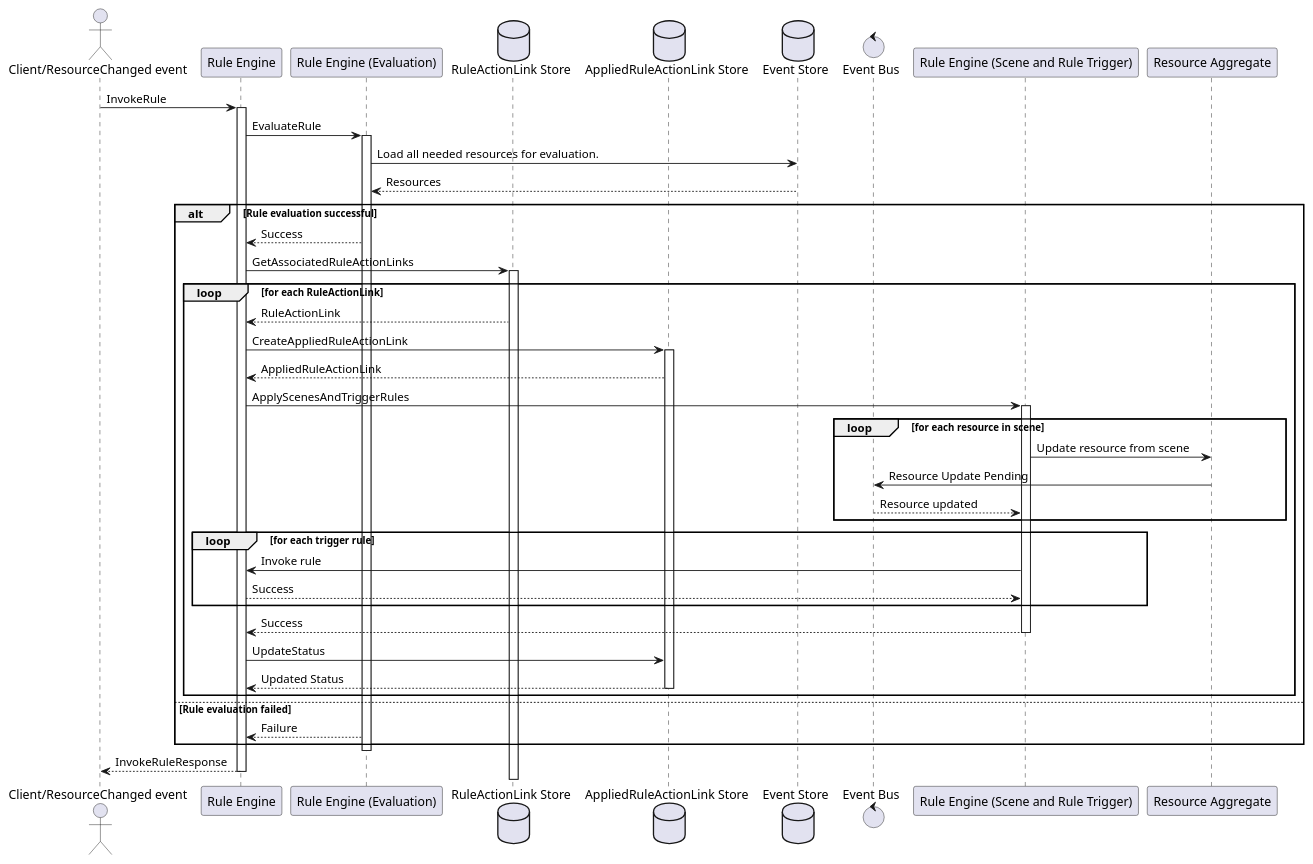
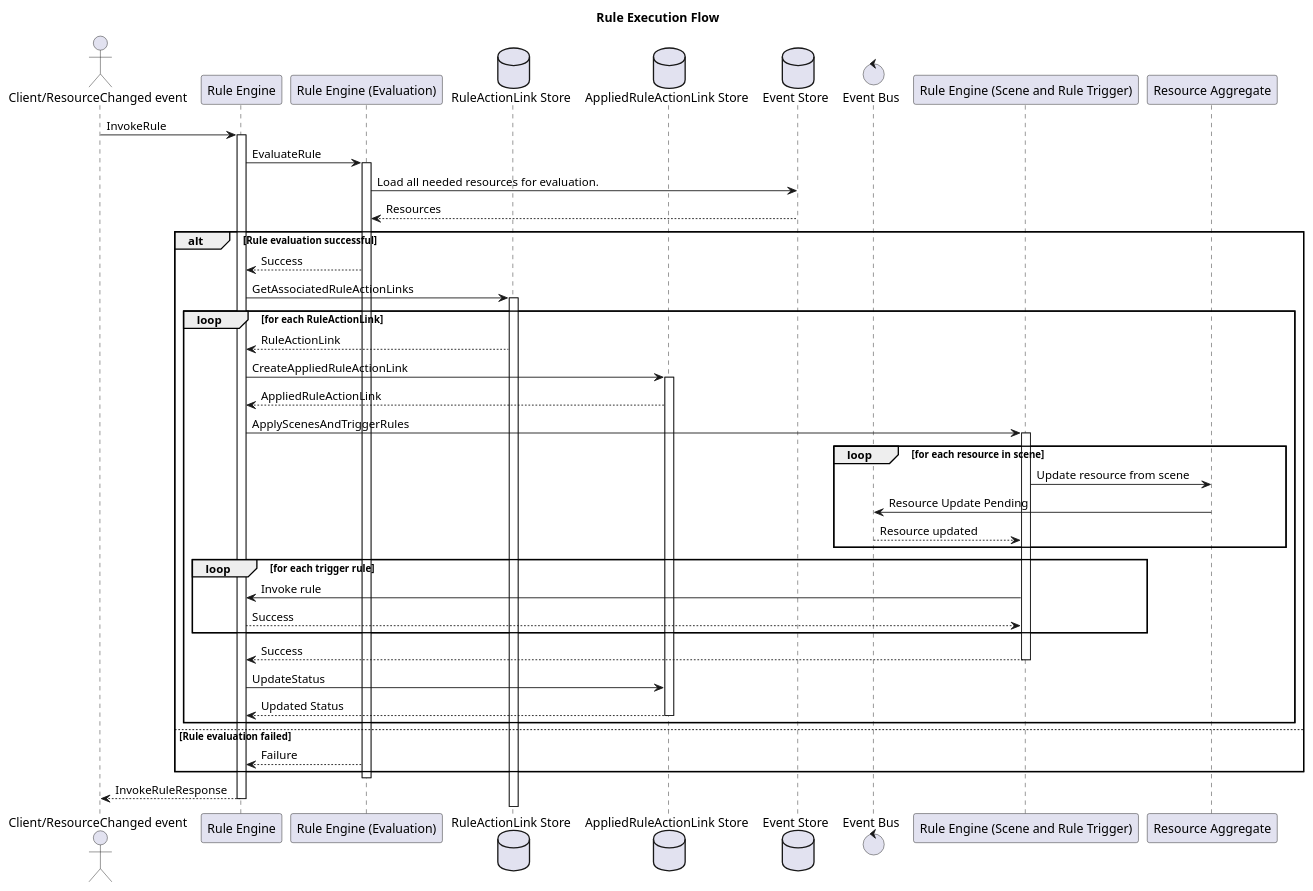
The first of 2 diagrams in snapshot-service/.plantuml (plgd-dev/hub), drawn with PlantUML before and after one commit. The commit also changed other lines of this file and 12 other files, not shown here.

```diff
--- a/snapshot-service/.plantuml
+++ b/snapshot-service/.plantuml
@@ -1,57 +1,59 @@
 @startuml
+
+title "Rule Execution Flow"
 
 actor "Client/ResourceChanged event" as Client
 participant "Rule Engine" as RuleEngine
 participant "Rule Engine (Evaluation)" as RuleEvaluationService
 database "RuleActionLink Store" as RuleActionLinkStore
 database "AppliedRuleActionLink Store" as AppliedRuleActionLinkStore
 database "Event Store" as EventStore
 control "Event Bus" as Bus
 
 participant "Rule Engine (Scene and Rule Trigger)" as SceneRuleTrigger
 participant "Resource Aggregate" as RA
 
 Client -> RuleEngine: InvokeRule
 activate RuleEngine
 
 RuleEngine -> RuleEvaluationService: EvaluateRule
 activate RuleEvaluationService
 RuleEvaluationService -> EventStore: Load all needed resources for evaluation.
 EventStore --> RuleEvaluationService: Resources
 
 alt Rule evaluation successful
     RuleEvaluationService --> RuleEngine: Success
     RuleEngine -> RuleActionLinkStore: GetAssociatedRuleActionLinks
     activate RuleActionLinkStore
 
     loop for each RuleActionLink
         RuleActionLinkStore --> RuleEngine: RuleActionLink
         RuleEngine -> AppliedRuleActionLinkStore: CreateAppliedRuleActionLink
         activate AppliedRuleActionLinkStore
         AppliedRuleActionLinkStore --> RuleEngine: AppliedRuleActionLink
         RuleEngine -> SceneRuleTrigger: ApplyScenesAndTriggerRules
         activate SceneRuleTrigger
         loop for each resource in scene
           SceneRuleTrigger -> RA: Update resource from scene
           RA -> Bus: Resource Update Pending
           Bus --> SceneRuleTrigger: Resource updated
         end
         loop for each trigger rule
           SceneRuleTrigger -> RuleEngine: Invoke rule
           RuleEngine --> SceneRuleTrigger: Success
         end
         SceneRuleTrigger --> RuleEngine: Success
         deactivate SceneRuleTrigger
         RuleEngine -> AppliedRuleActionLinkStore: UpdateStatus
         AppliedRuleActionLinkStore --> RuleEngine: Updated Status
         deactivate AppliedRuleActionLinkStore
     end
 
 else Rule evaluation failed
     RuleEvaluationService --> RuleEngine: Failure
 end
 deactivate RuleEvaluationService
 
 RuleEngine --> Client: InvokeRuleResponse
 deactivate RuleEngine
 @enduml
```
